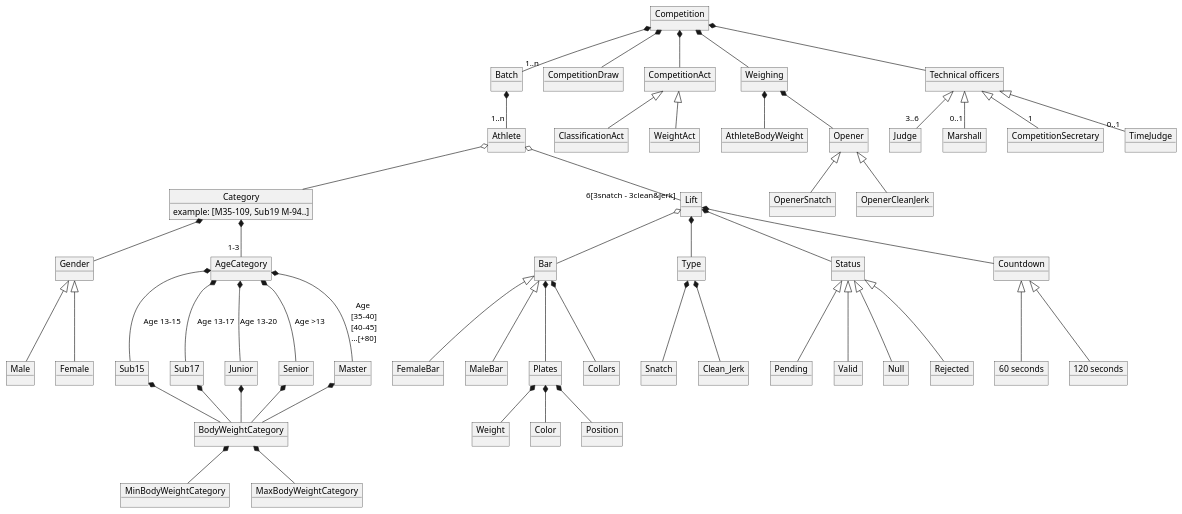
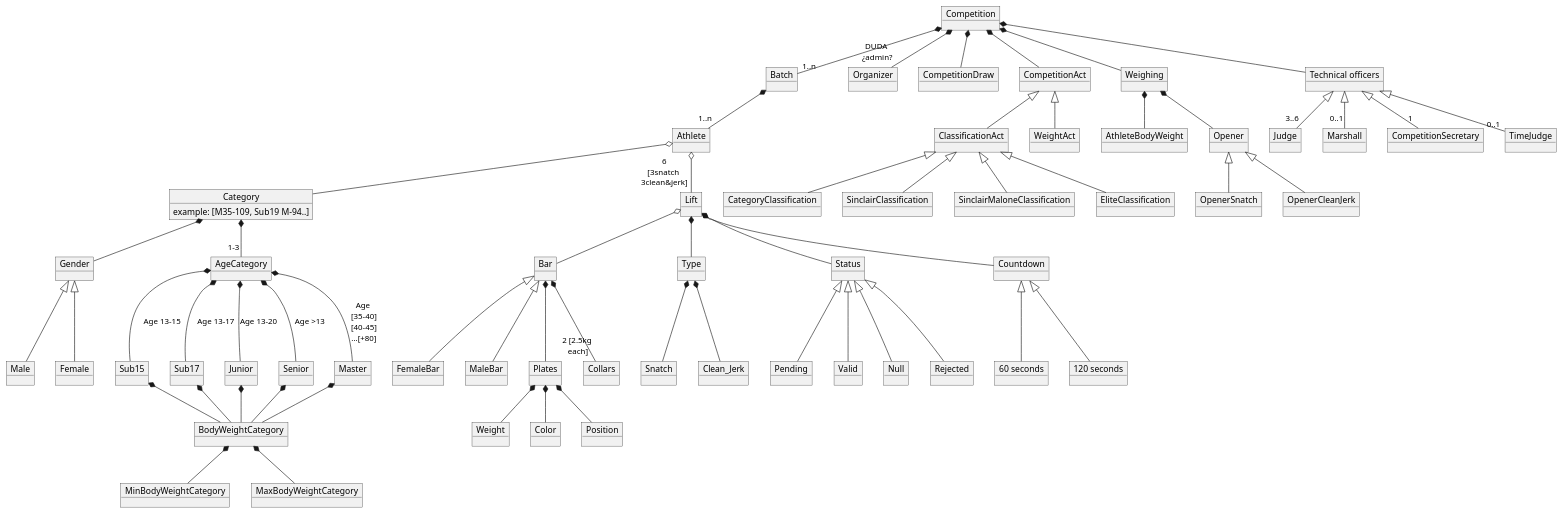
One commit to zuldare/mastercloud_pfm_halterocms changed the diagram in modelDomain/competitionDomainModel.puml. Above: the diagram before and after it, drawn with PlantUML.

Commit message:
Add changes to domain model

```diff
--- a/modelDomain/competitionDomainModel.puml
+++ b/modelDomain/competitionDomainModel.puml
@@ -1,145 +1,158 @@
 @startuml
 'https://plantuml.com/object-diagram
 
 object Competition
 object Batch
+object Organizer
 
 object Athlete
 object Gender
 object Male
 object Female
 
 object CompetitionDraw
 
 ' Category
 object Category {
   example: [M35-109, Sub19 M-94..]
 }
 
 object BodyWeightCategory
 object MinBodyWeightCategory
 object MaxBodyWeightCategory
 
 object AgeCategory
 object Sub15
 object Sub17
 object Junior
 object Senior
 object Master
 
 ' Bars
 object Bar
 object FemaleBar
 object MaleBar
 object Plates
 object Weight
 object Color
 object Collars
 object Position
 
 ' Lifts
 object Lift
 object Type
 object Snatch
 object Clean_Jerk
 object Status
 object Pending
 object Valid
 object Null
 object Rejected
 object Countdown
 object "60 seconds" as 60s
 object "120 seconds" as 120s
 
 ' Competition acts
 object CompetitionAct
 object ClassificationAct
 object WeightAct
 
+' Clasification Acts
+object CategoryClassification
+object SinclairClassification
+object SinclairMaloneClassification
+object EliteClassification
+
 ' Weighing
 object Weighing
 object AthleteBodyWeight
 object Opener
 object OpenerSnatch
 object OpenerCleanJerk
 
 ' Technical officers
 object "Technical officers" as TC
 object Judge
 object Marshall
 object CompetitionSecretary
 object TimeJudge
 
 
 Competition *-- TC
 TC <|-- "3..6" Judge
 TC <|-- "0..1" Marshall
 TC <|-- "1" CompetitionSecretary
 TC <|-- "0..1" TimeJudge
 
 
 Weighing *-- AthleteBodyWeight
 Weighing *-- Opener
 Opener <|-- OpenerSnatch
 Opener <|-- OpenerCleanJerk
 
 
 Lift *-- Type
 Type *-- Snatch
 Type *-- Clean_Jerk
 Lift o-- Bar
 Lift *-- Status
 Status <|-- Pending
 Status <|-- Valid
 Status <|-- Null
 Status <|-- Rejected
 Lift *-- Countdown
 Countdown <|-- 60s
 Countdown <|-- 120s
 
 
-
+Competition *-- "DUDA\n ¿admin?" Organizer
 Competition *-- Weighing
 Competition *-- "1..n" Batch
 Batch *-- "1..n" Athlete
 Competition *-- CompetitionAct
 CompetitionAct <|-- ClassificationAct
 CompetitionAct <|-- WeightAct
 Competition *-- CompetitionDraw
+
+
+ClassificationAct <|-- CategoryClassification
+ClassificationAct <|-- SinclairClassification
+ClassificationAct <|-- SinclairMaloneClassification
+ClassificationAct <|-- EliteClassification
 
 
 Gender <|-- Male
 Gender <|-- Female
 
 Category *-- "1-3" AgeCategory
 Category *-- Gender
 Sub15 *-- BodyWeightCategory
 Sub17 *-- BodyWeightCategory
 Junior *-- BodyWeightCategory
 Senior *-- BodyWeightCategory
 Master *-- BodyWeightCategory
 BodyWeightCategory *-- MinBodyWeightCategory
 BodyWeightCategory *-- MaxBodyWeightCategory
 
 AgeCategory *-- Sub15 :"Age 13-15"
 AgeCategory *-- Sub17 :"Age 13-17"
 AgeCategory *-- Junior :"Age 13-20"
 AgeCategory *-- Senior :"Age >13"
 AgeCategory *-- Master :"Age \n[35-40]\n[40-45]\n...[+80]"
 
 
 Athlete o-- Category
 
 Bar <|-- FemaleBar
 Bar <|-- MaleBar
 Bar *-- Plates
-Bar *-- Collars
+Bar *-- "2 [2.5kg\n each]" Collars
 Plates *-- Weight
 Plates *-- Color
 Plates *-- Position
 
 
-Athlete o-- "6[3snatch - 3clean&jerk]" Lift
+Athlete o-- "6\n[3snatch \n3clean&jerk]" Lift
 
 
 @enduml
```
